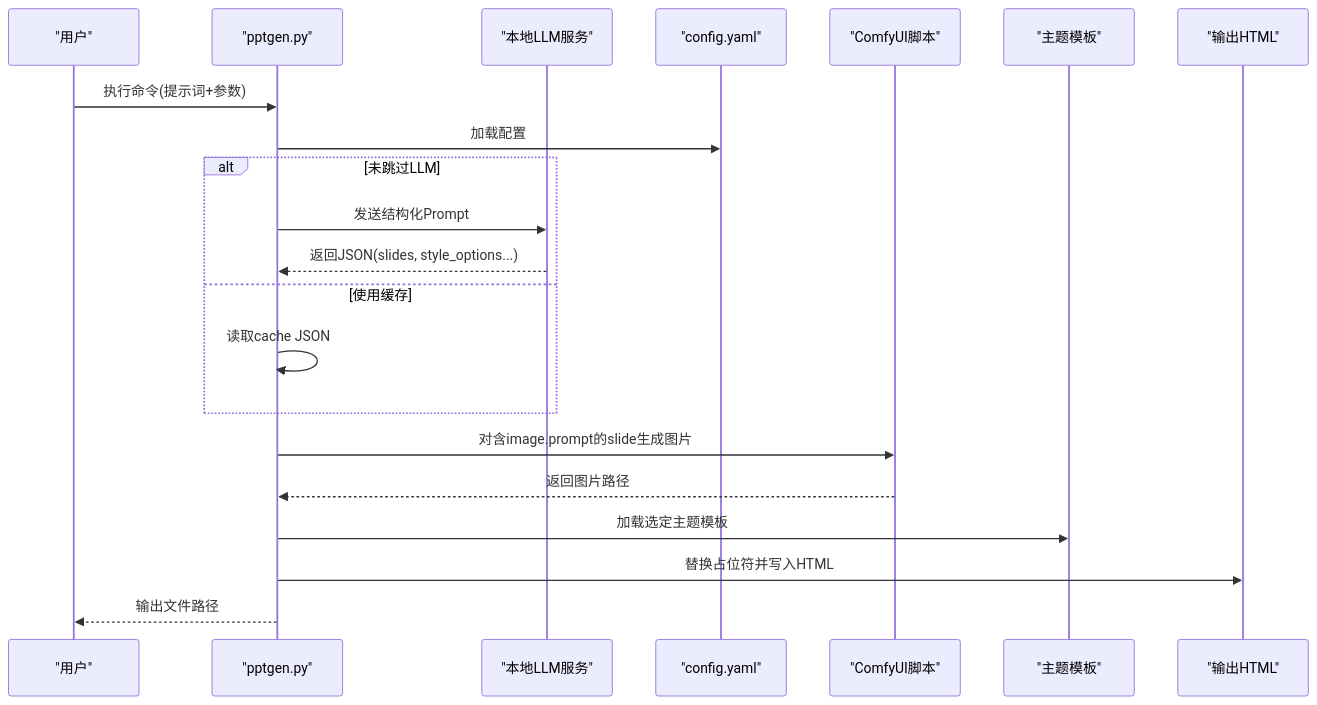
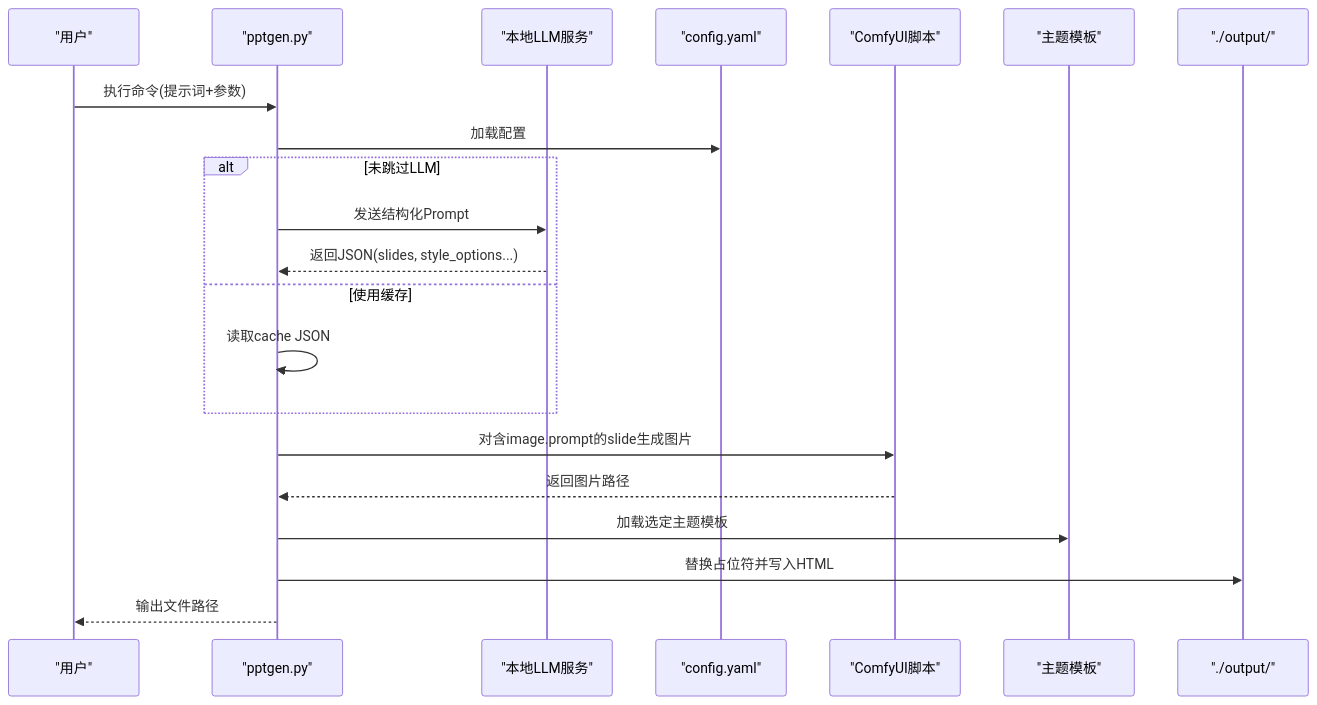
Before and after one commit to swond-Mao/Tiffa: the second of 6 diagrams in .qoder/repowiki/zh/content/技能系统/演示文稿技能/PPTGen 技能.md, drawn with Mermaid. The commit also changed other lines of this file and 73 other files, not shown here.

First line of the commit message:
feat: Tiffa 品牌图标 + Computer Use v2 + WebP 静默崩修复

````diff
--- a/.qoder/repowiki/zh/content/技能系统/演示文稿技能/PPTGen 技能.md
+++ b/.qoder/repowiki/zh/content/技能系统/演示文稿技能/PPTGen 技能.md
@@ -88,23 +98,23 @@
 ```mermaid
 sequenceDiagram
 participant U as "用户"
 participant CLI as "pptgen.py"
 participant LLM as "本地LLM服务"
 participant CFG as "config.yaml"
 participant COMFY as "ComfyUI脚本"
 participant TPL as "主题模板"
-participant OUT as "输出HTML"
+participant OUT as "./output/"
 U->>CLI : 执行命令(提示词+参数)
 CLI->>CFG : 加载配置
 alt 未跳过LLM
 CLI->>LLM : 发送结构化Prompt
 LLM-->>CLI : 返回JSON(slides, style_options...)
 else 使用缓存
 CLI->>CLI : 读取cache JSON
 end
 CLI->>COMFY : 对含image.prompt的slide生成图片
 COMFY-->>CLI : 返回图片路径
 CLI->>TPL : 加载选定主题模板
 CLI->>OUT : 替换占位符并写入HTML
 CLI-->>U : 输出文件路径
 ```
````
